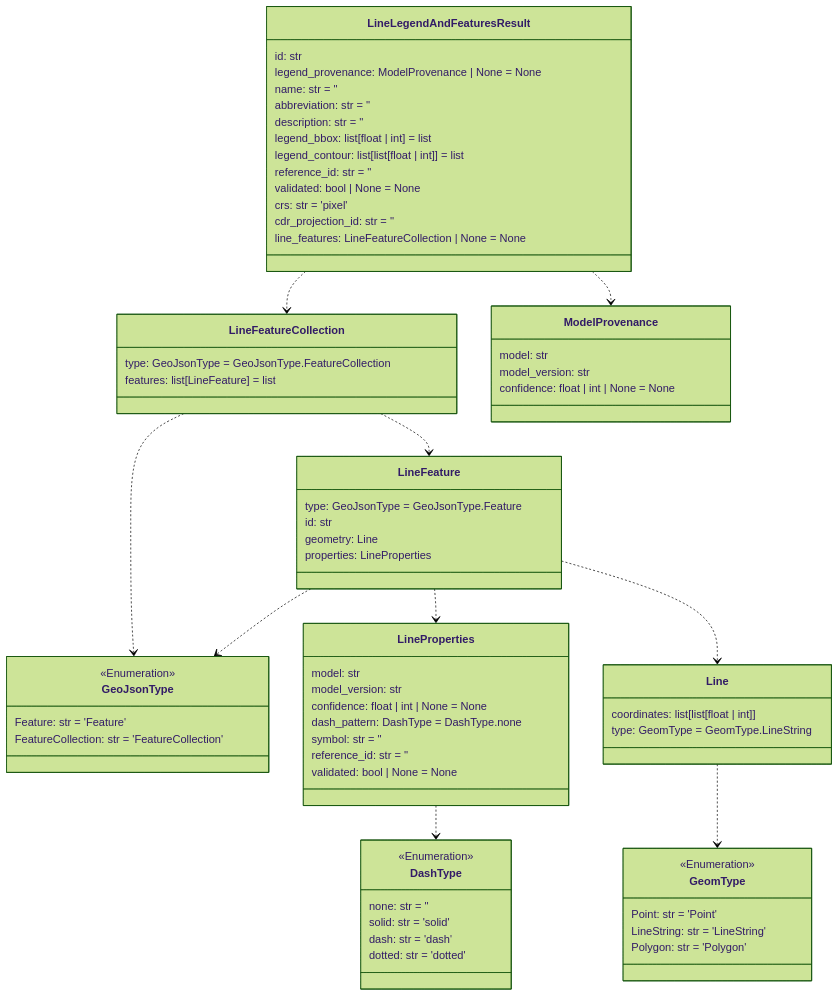
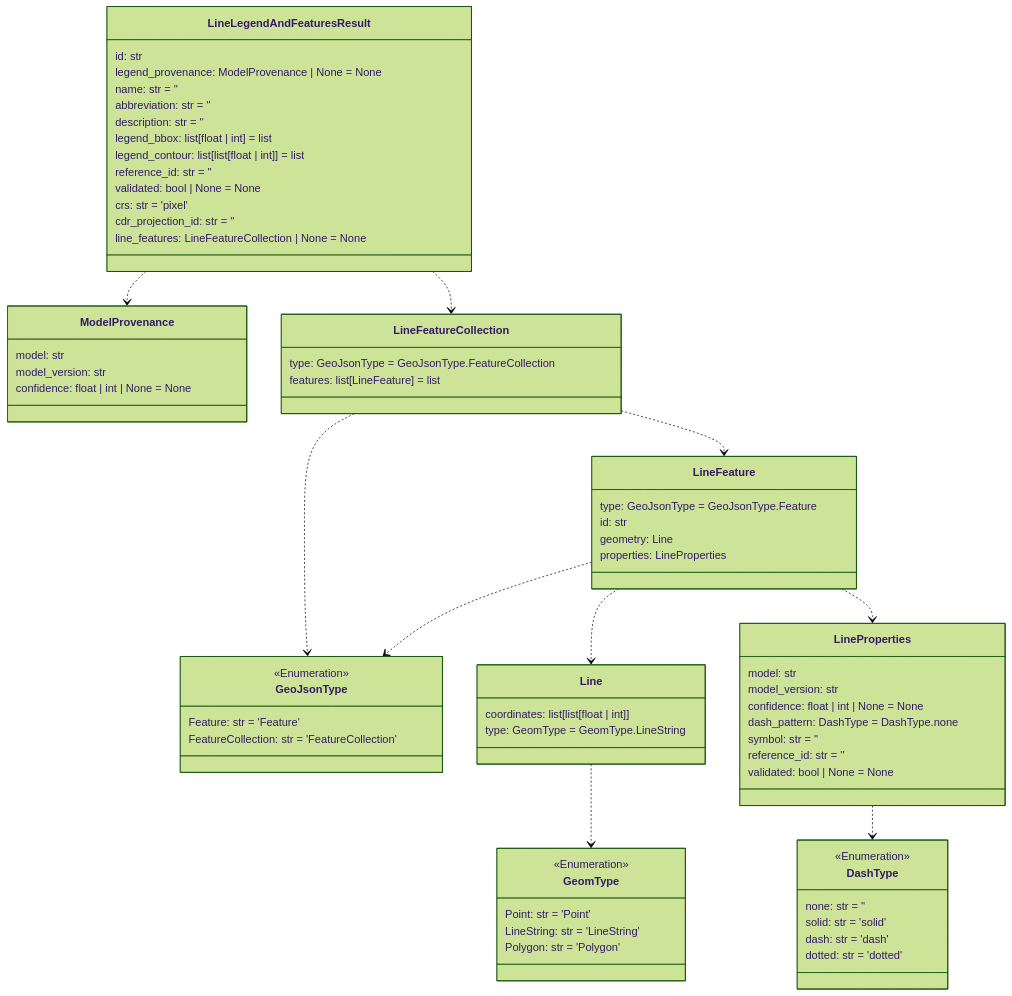
The sixth of 14 diagrams in README.md (DARPA-CRITICALMAAS/cdr_schemas), drawn with Mermaid (forest theme) before and after one commit. The commit also changed other lines of this file and 1 other file, not shown here.

````diff
--- a/README.md
+++ b/README.md
@@ -452,84 +452,84 @@
 ```mermaid
 classDiagram
 
     class GeoJsonType {
         <<Enumeration>>
         Feature: str = 'Feature'
         FeatureCollection: str = 'FeatureCollection'
     }
 
-    class Line {
-        coordinates: list[list[float | int]]
-        type: GeomType = GeomType.LineString
-    }
-
-    class LineFeatureCollection {
-        type: GeoJsonType = GeoJsonType.FeatureCollection
-        features: list[LineFeature] = list
+    class DashType {
+        <<Enumeration>>
+        none: str = ''
+        solid: str = 'solid'
+        dash: str = 'dash'
+        dotted: str = 'dotted'
     }
 
     class LineFeature {
         type: GeoJsonType = GeoJsonType.Feature
         id: str
         geometry: Line
         properties: LineProperties
     }
 
-    class DashType {
-        <<Enumeration>>
-        none: str = ''
-        solid: str = 'solid'
-        dash: str = 'dash'
-        dotted: str = 'dotted'
+    class LineFeatureCollection {
+        type: GeoJsonType = GeoJsonType.FeatureCollection
+        features: list[LineFeature] = list
     }
 
     class LineLegendAndFeaturesResult {
         id: str
         legend_provenance: ModelProvenance | None = None
         name: str = ''
         abbreviation: str = ''
         description: str = ''
         legend_bbox: list[float | int] = list
         legend_contour: list[list[float | int]] = list
         reference_id: str = ''
         validated: bool | None = None
         crs: str = 'pixel'
         cdr_projection_id: str = ''
         line_features: LineFeatureCollection | None = None
     }
 
+    class ModelProvenance {
+        model: str
+        model_version: str
+        confidence: float | int | None = None
+    }
+
+    class Line {
+        coordinates: list[list[float | int]]
+        type: GeomType = GeomType.LineString
+    }
+
     class GeomType {
         <<Enumeration>>
         Point: str = 'Point'
         LineString: str = 'LineString'
         Polygon: str = 'Polygon'
-    }
-
-    class ModelProvenance {
-        model: str
-        model_version: str
-        confidence: float | int | None = None
     }
 
     class LineProperties {
         model: str
         model_version: str
         confidence: float | int | None = None
         dash_pattern: DashType = DashType.none
         symbol: str = ''
         reference_id: str = ''
         validated: bool | None = None
     }
 
     Line ..> GeomType
     LineProperties ..> DashType
-    LineFeature ..> LineProperties
     LineFeature ..> GeoJsonType
     LineFeature ..> Line
+    LineFeature ..> LineProperties
     LineFeatureCollection ..> GeoJsonType
     LineFeatureCollection ..> LineFeature
+    LineLegendAndFeaturesResult ..> ModelProvenance
     LineLegendAndFeaturesResult ..> LineFeatureCollection
-    LineLegendAndFeaturesResult ..> ModelProvenance
 
 
 ```
````
